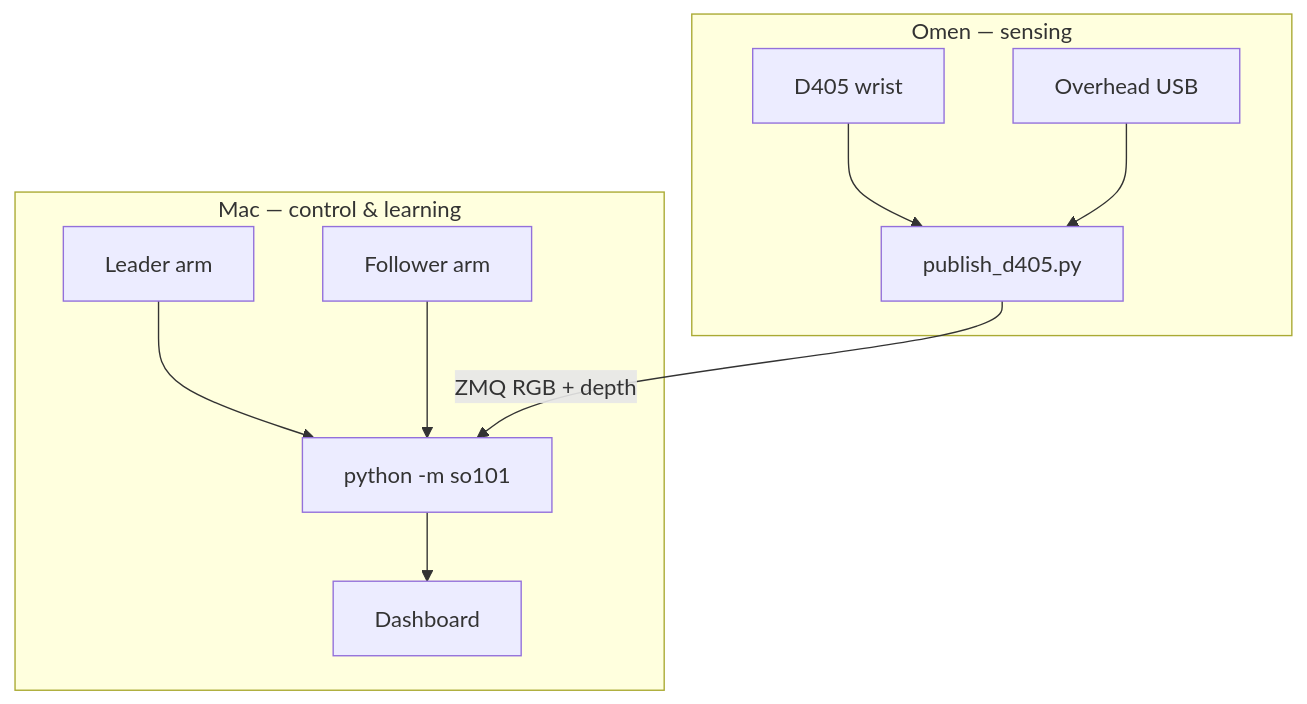
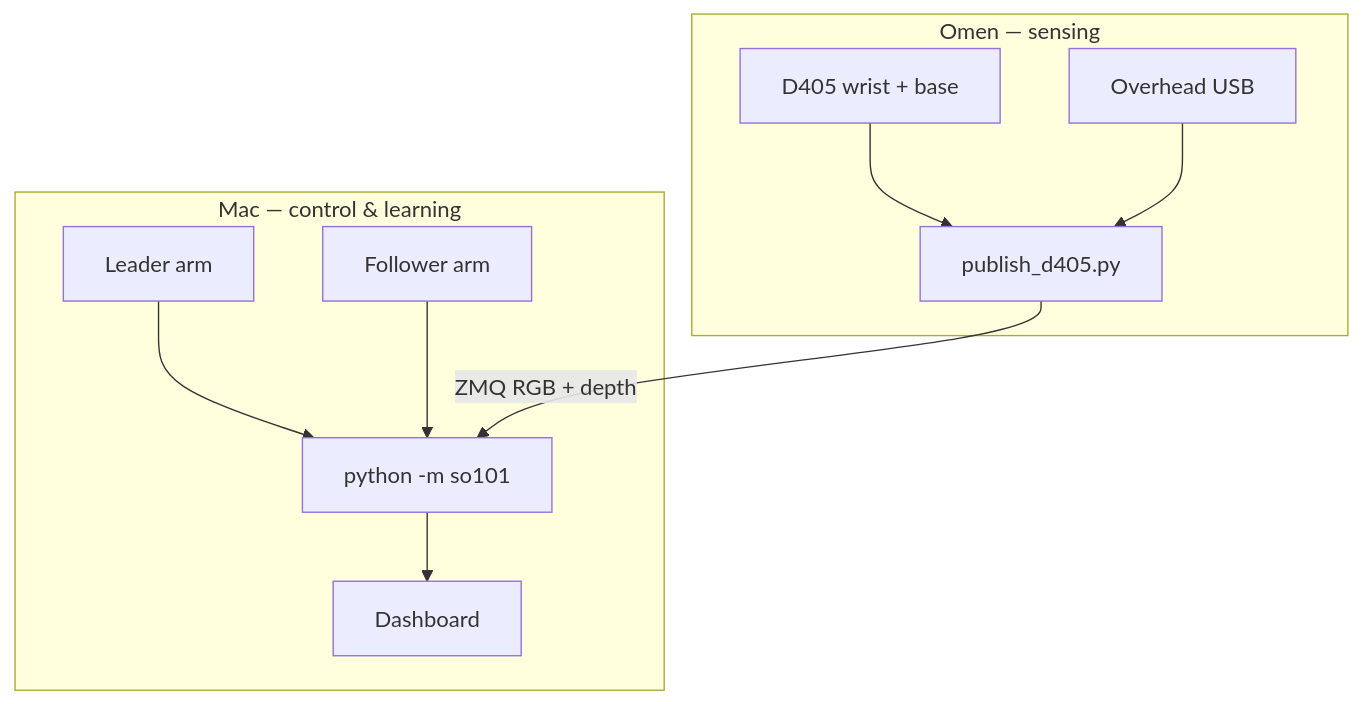
One commit to romil0001/Imitation-learning_data_pipeline_LeRobot_SO-101 changed the first of 2 diagrams in README.md. Above: the diagram before and after it, drawn with Mermaid. The commit also changed other lines of this file and 52 other files, not shown here.

````diff
--- a/README.md
+++ b/README.md
@@ -58,22 +64,22 @@
 ```mermaid
 flowchart TB
   subgraph mac["Mac — control & learning"]
     L[Leader arm]
     F[Follower arm]
     SO101["python -m so101"]
     DASH[Dashboard]
     L --> SO101
     F --> SO101
     SO101 --> DASH
   end
 
   subgraph omen["Omen — sensing"]
-    D405[D405 wrist]
+    D405[D405 wrist + base]
     CAM[Overhead USB]
     PUB[publish_d405.py]
     D405 --> PUB
     CAM --> PUB
   end
 
   PUB -->|ZMQ RGB + depth| SO101
 ```
````
